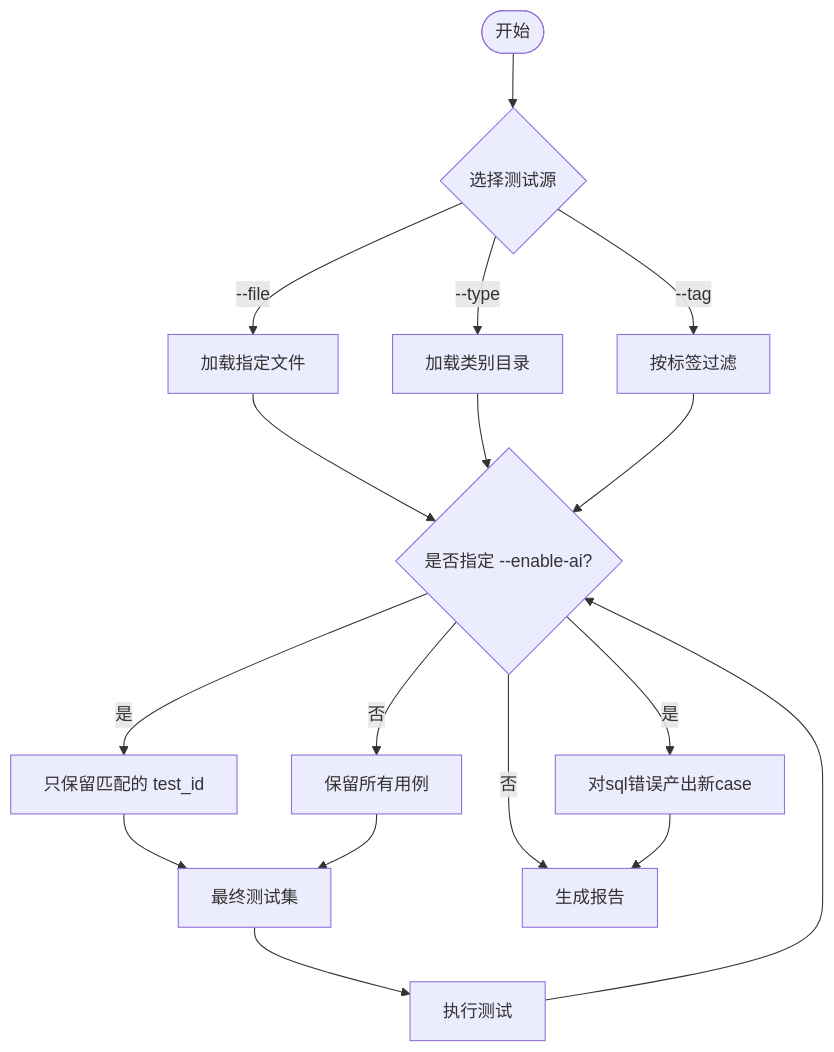
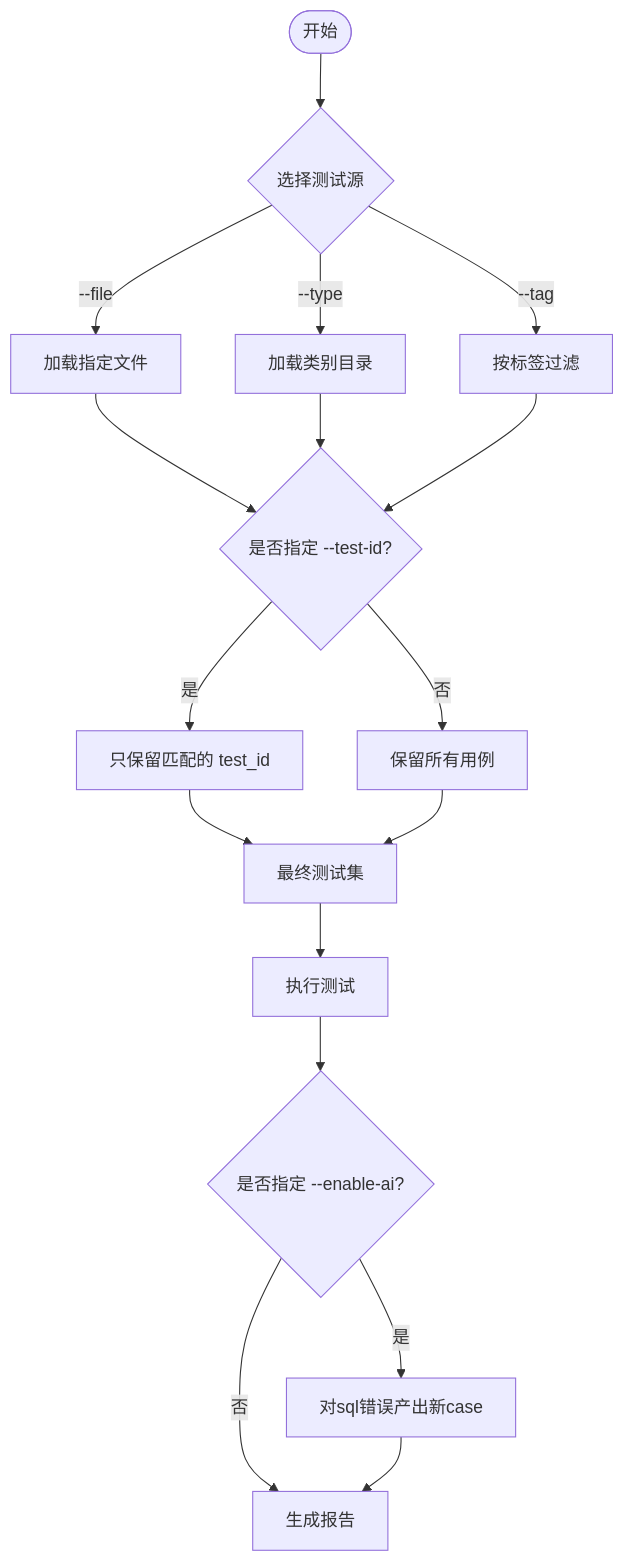
One commit to fussyfusty/tidb-test-framework changed the second of 2 diagrams in README.md. Above: the diagram before and after it, drawn with Mermaid. The commit also changed other lines of this file, not shown here.

````diff
--- a/README.md
+++ b/README.md
@@ -365,26 +363,26 @@
 ```mermaid
 graph TD
     Start([开始]) --> Source{选择测试源}
     
     Source -->|--file| File[加载指定文件]
     Source -->|--type| Type[加载类别目录]
     Source -->|--tag| Tag[按标签过滤]
     
     File --> Filter{是否指定 --test-id?}
     Type --> Filter{是否指定 --test-id?}
     Tag --> Filter{是否指定 --test-id?}
     
     Filter -->|是| TestId[只保留匹配的 test_id]
     Filter -->|否| All[保留所有用例]
     
     TestId --> Result[最终测试集]
-    All --> Result
+    All --> Result[最终测试集]
     
     Result --> Execute[执行测试]
-    Execute --> Filter{是否指定 --enable-ai?}
+    Execute --> Filter1{是否指定 --enable-ai?}
 
-    Filter -->|是| AI检查错误结果[对sql错误产出新case]
-    Filter -->|否| Report[生成报告]
+    Filter1 -->|是| AI检查错误结果[对sql错误产出新case]
+    Filter1 -->|否| Report[生成报告]
     
     AI检查错误结果 --> Report[生成报告]
 ```
````
